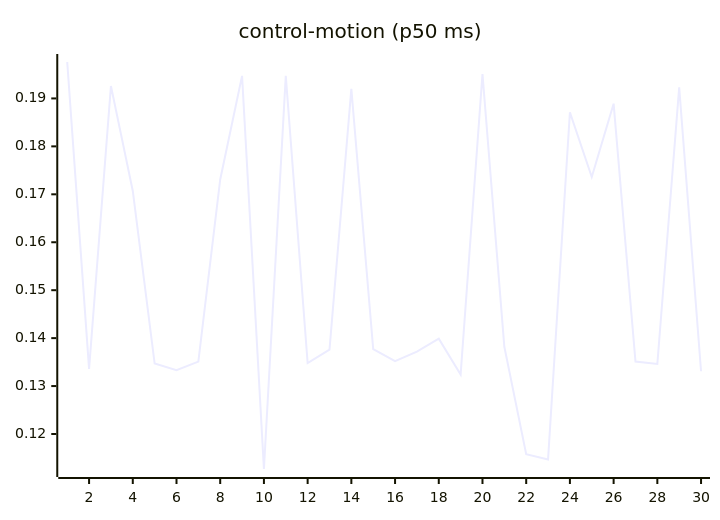
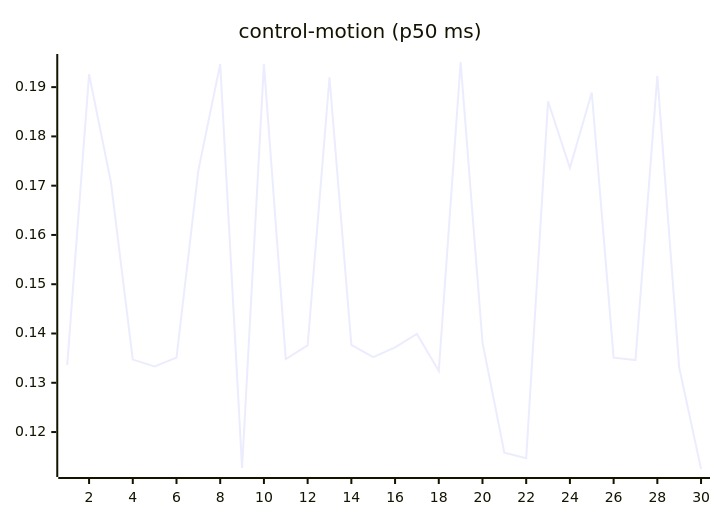
The seventh of 27 diagrams in README.md (josha/Facet), drawn with Mermaid before and after one commit. The commit also changed other lines of this file and 2 other files, not shown here.

````diff
--- a/README.md
+++ b/README.md
@@ -105,6 +105,6 @@
 ```mermaid
 xychart-beta
     title "control-motion (p50 ms)"
     x-axis 1 --> 30
-    line [0.1976, 0.1336, 0.1926, 0.1707, 0.1347, 0.1333, 0.1351, 0.1731, 0.1947, 0.1127, 0.1947, 0.1348, 0.1376, 0.1920, 0.1377, 0.1352, 0.1372, 0.1399, 0.1324, 0.1951, 0.1382, 0.1158, 0.1147, 0.1871, 0.1736, 0.1889, 0.1351, 0.1346, 0.1923, 0.1331]
+    line [0.1336, 0.1926, 0.1707, 0.1347, 0.1333, 0.1351, 0.1731, 0.1947, 0.1127, 0.1947, 0.1348, 0.1376, 0.1920, 0.1377, 0.1352, 0.1372, 0.1399, 0.1324, 0.1951, 0.1382, 0.1158, 0.1147, 0.1871, 0.1736, 0.1889, 0.1351, 0.1346, 0.1923, 0.1331, 0.1125]
 ```
````
